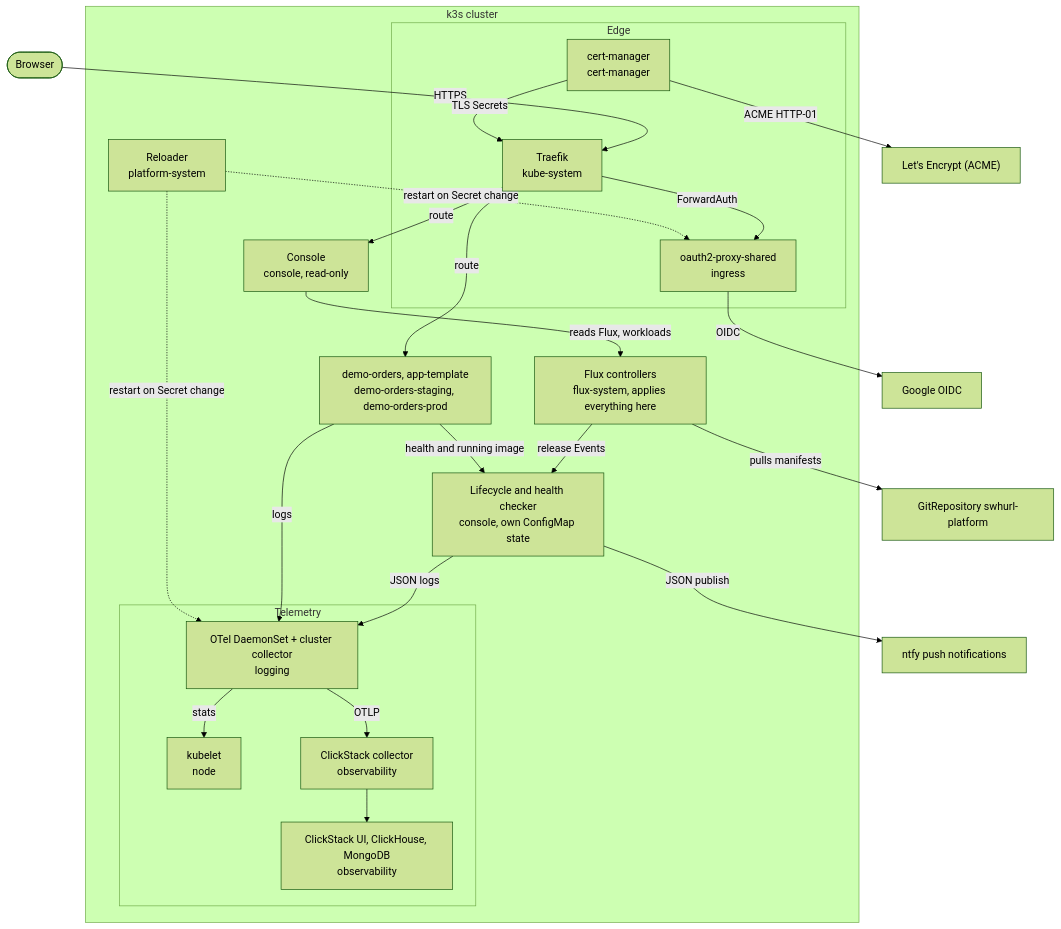
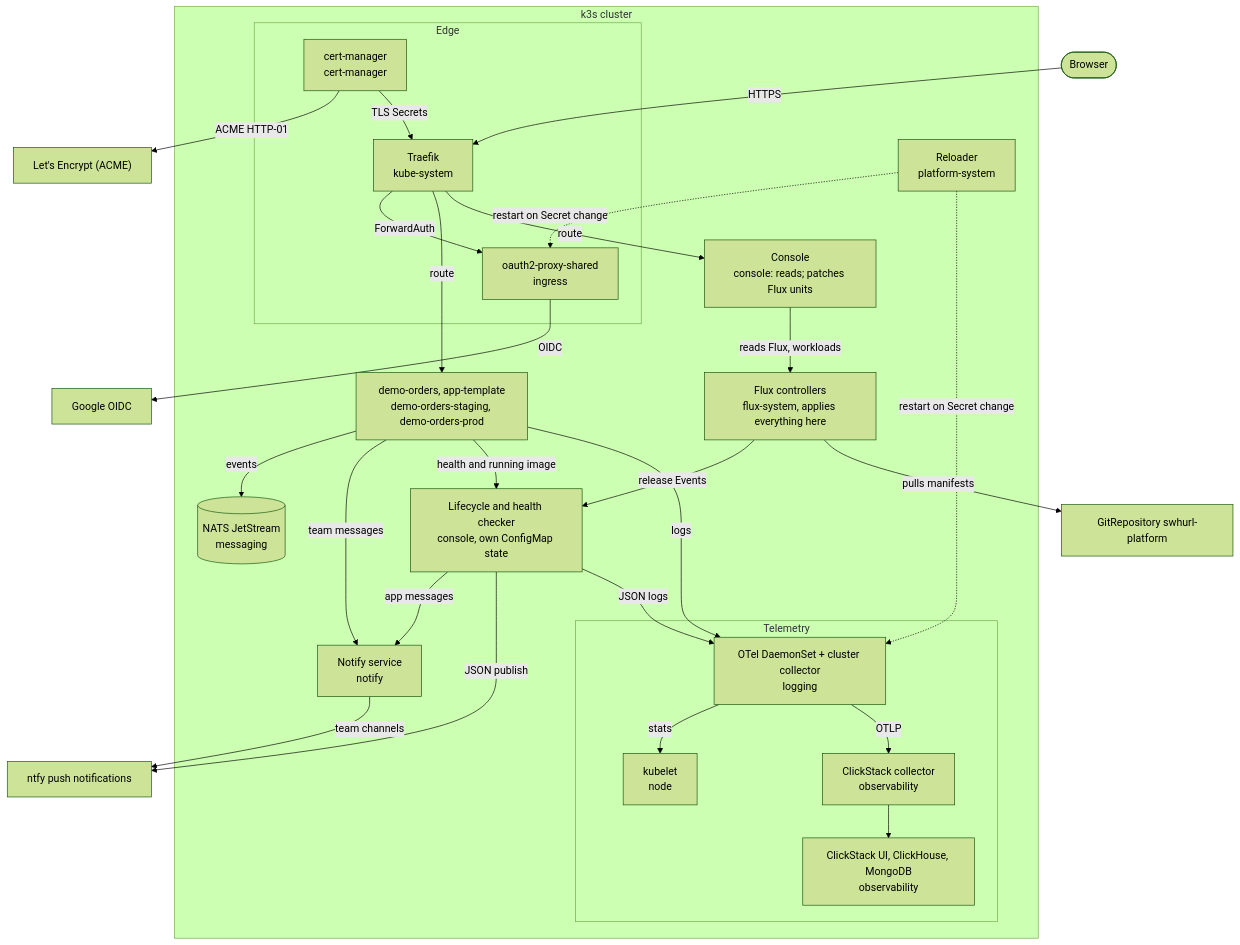
The fifth of 6 diagrams in docs/architecture.md (samclement/swhurl-platform), drawn with Mermaid (forest theme) before and after one commit. The commit also changed other lines of this file and 3 other files, not shown here.

````diff
--- a/docs/architecture.md
+++ b/docs/architecture.md
@@ -200,45 +201,50 @@
 ```mermaid
 flowchart TB
   user([Browser])
   git[GitRepository swhurl-platform]
   google[Google OIDC]
   le["Let's Encrypt (ACME)"]
   ntfy[ntfy push notifications]
 
   subgraph cluster[k3s cluster]
     subgraph edge[Edge]
       traefik[Traefik<br/>kube-system]
       oauth[oauth2-proxy-shared<br/>ingress]
       cm[cert-manager<br/>cert-manager]
     end
     subgraph telemetry[Telemetry]
       otelds[OTel DaemonSet + cluster collector<br/>logging]
       kubelet[kubelet<br/>node]
       csotel[ClickStack collector<br/>observability]
       cs[ClickStack UI, ClickHouse, MongoDB<br/>observability]
     end
     flux[Flux controllers<br/>flux-system, applies everything here]
     reloader[Reloader<br/>platform-system]
-    console[Console<br/>console, read-only]
+    console[Console<br/>console: reads; patches Flux units]
     notifications[Lifecycle and health checker<br/>console, own ConfigMap state]
+    notify[Notify service<br/>notify]
+    nats[(NATS JetStream<br/>messaging)]
     app[demo-orders, app-template<br/>demo-orders-staging, demo-orders-prod]
   end
 
   user -- HTTPS --> traefik
   traefik -- ForwardAuth --> oauth
   oauth -- OIDC --> google
   traefik -- route --> app
   traefik -- route --> console
+  app -- events --> nats
+  app -- team messages --> notify -- team channels --> ntfy
+  notifications -- app messages --> notify
   console -- reads Flux, workloads --> flux
   flux -- release Events --> notifications
   app -- health and running image --> notifications
   notifications -- JSON publish --> ntfy
   notifications -- JSON logs --> otelds
   cm -- ACME HTTP-01 --> le
   cm -- TLS Secrets --> traefik
   app -- logs --> otelds
   otelds -- stats --> kubelet
   otelds -- OTLP --> csotel --> cs
   flux -- pulls manifests --> git
   reloader -. restart on Secret change .-> oauth & otelds
 ```
````
